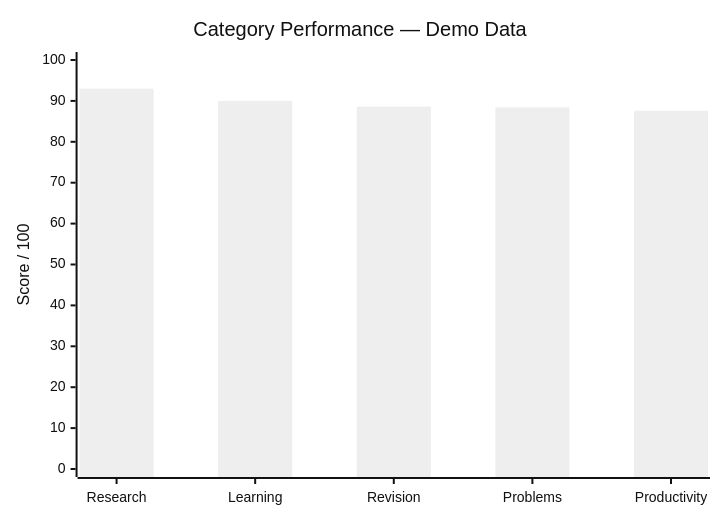
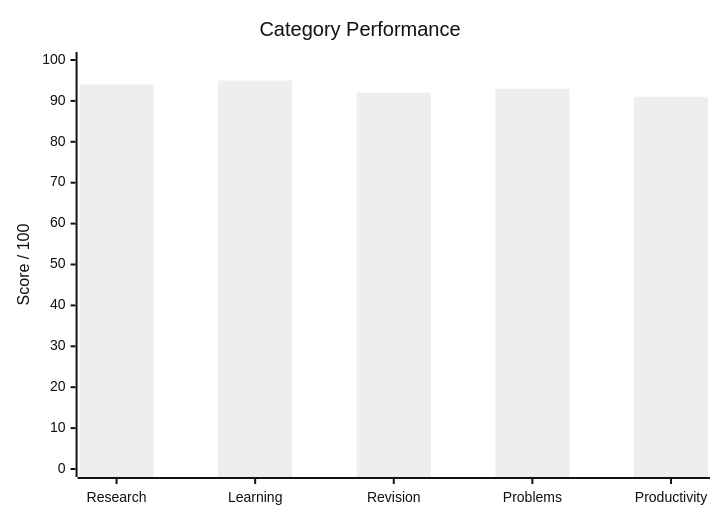
One commit to mahik2007/hackathon changed diagram 17 of 25 in README.md. Above: the diagram before and after it, drawn with Mermaid (neutral theme). The commit also changed other lines of this file, not shown here.

````diff
--- a/README.md
+++ b/README.md
@@ -320,7 +318,7 @@
 ```mermaid
 xychart-beta
-    title "Category Performance — Demo Data"
+    title "Category Performance"
     x-axis ["Research", "Learning", "Revision", "Problems", "Productivity"]
     y-axis "Score / 100" 0 --> 100
-    bar [93.0, 90.0, 88.6, 88.4, 87.6]
+    bar [94, 95, 92, 93, 91]
 ```
````
